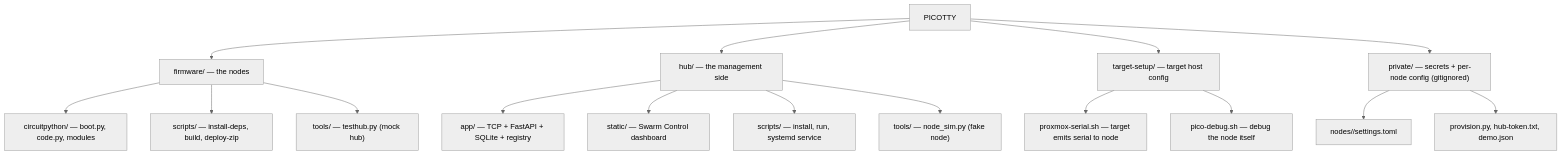
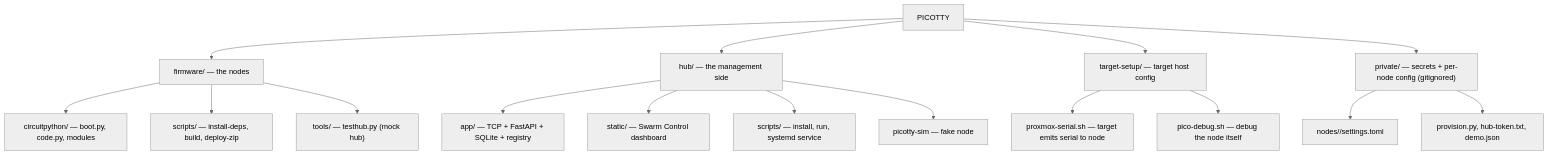
One commit to morpheuslord/PICOTTY changed the second of 2 diagrams in docs/hardware.md. Above: the diagram before and after it, drawn with Mermaid (neutral theme). The commit also changed 84 other files, not shown here.

````diff
--- a/docs/hardware.md
+++ b/docs/hardware.md
@@ -46,22 +46,22 @@
 ```mermaid
 graph TD
   ROOT["PICOTTY"] --> FW["firmware/ — the nodes"]
   ROOT --> HUBC["hub/ — the management side"]
   ROOT --> TGT["target-setup/ — target host config"]
   ROOT --> PRIV["private/ — secrets + per-node config (gitignored)"]
 
   FW --> FWC["circuitpython/ — boot.py, code.py, modules"]
   FW --> FWS["scripts/ — install-deps, build, deploy-zip"]
   FW --> FWT["tools/ — testhub.py (mock hub)"]
 
   HUBC --> APP["app/ — TCP + FastAPI + SQLite + registry"]
   HUBC --> STAT["static/ — Swarm Control dashboard"]
   HUBC --> HST["scripts/ — install, run, systemd service"]
-  HUBC --> HTL["tools/ — node_sim.py (fake node)"]
+  HUBC --> HTL["picotty-sim — fake node"]
 
   TGT --> PS["proxmox-serial.sh — target emits serial to node"]
   TGT --> PD["pico-debug.sh — debug the node itself"]
 
   PRIV --> PN["nodes/<id>/settings.toml"]
   PRIV --> PP["provision.py, hub-token.txt, demo.json"]
 ```
````
